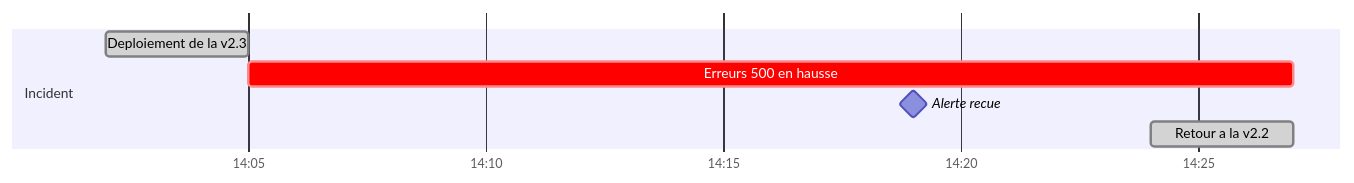
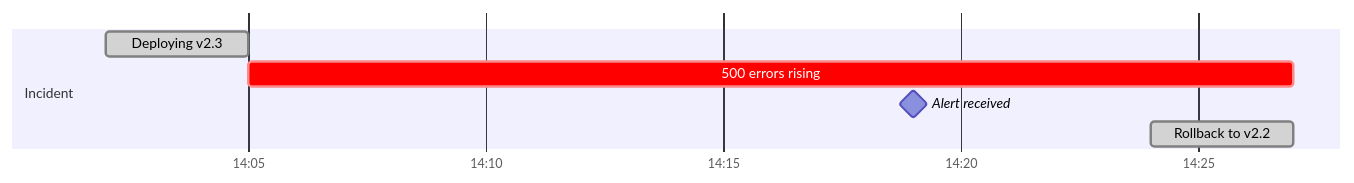
The seventh of 7 diagrams in skills/se-faire-comprendre/references/visuels.md (MasterLaplace/LplCraftSkills), drawn with Mermaid before and after one commit. The commit also changed other lines of this file and 16 other files, not shown here.

First line of the commit message:
docs: Mermaid diagram text moves to English, the prose stays French

````diff
--- a/skills/se-faire-comprendre/references/visuels.md
+++ b/skills/se-faire-comprendre/references/visuels.md
@@ -137,10 +137,10 @@
 ```mermaid
 gantt
   dateFormat HH:mm
   axisFormat %H:%M
   section Incident
-  Deploiement de la v2.3     :done, d1, 14:02, 3m
-  Erreurs 500 en hausse      :crit, e1, 14:05, 22m
-  Alerte recue               :milestone, a1, 14:19, 0m
-  Retour a la v2.2           :done, r1, 14:24, 3m
+  Deploying v2.3             :done, d1, 14:02, 3m
+  500 errors rising          :crit, e1, 14:05, 22m
+  Alert received             :milestone, a1, 14:19, 0m
+  Rollback to v2.2           :done, r1, 14:24, 3m
 ```
````
